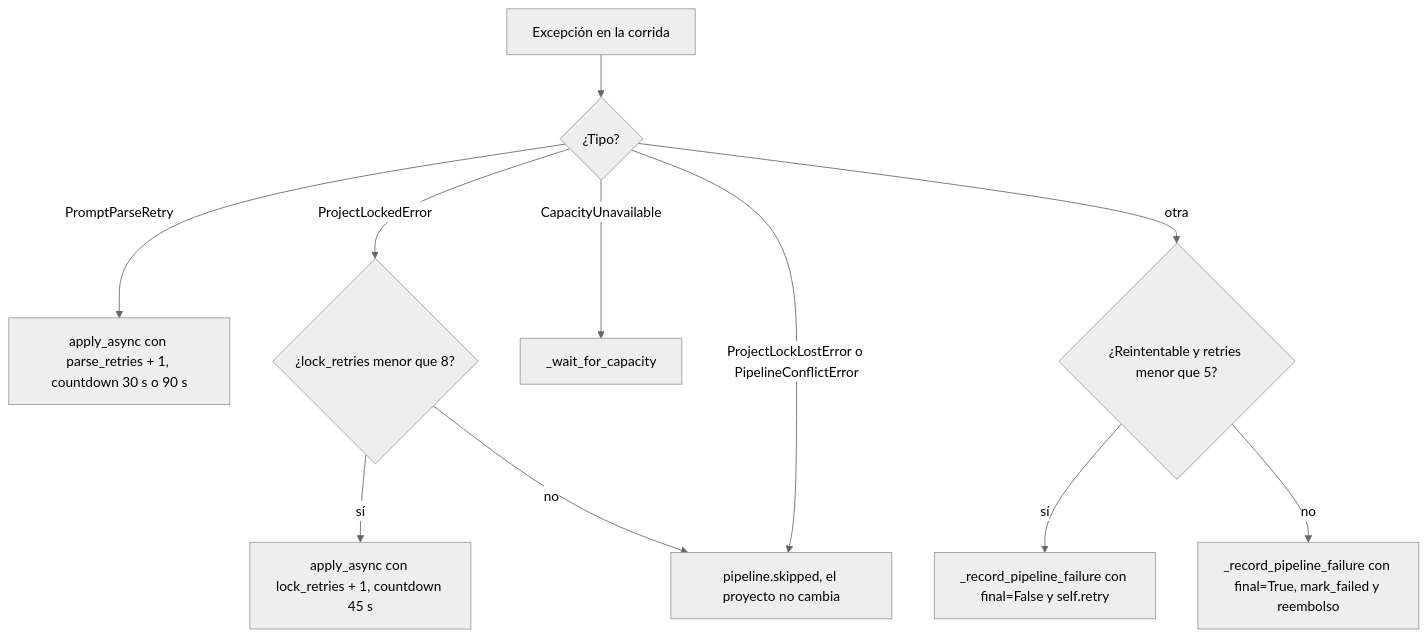
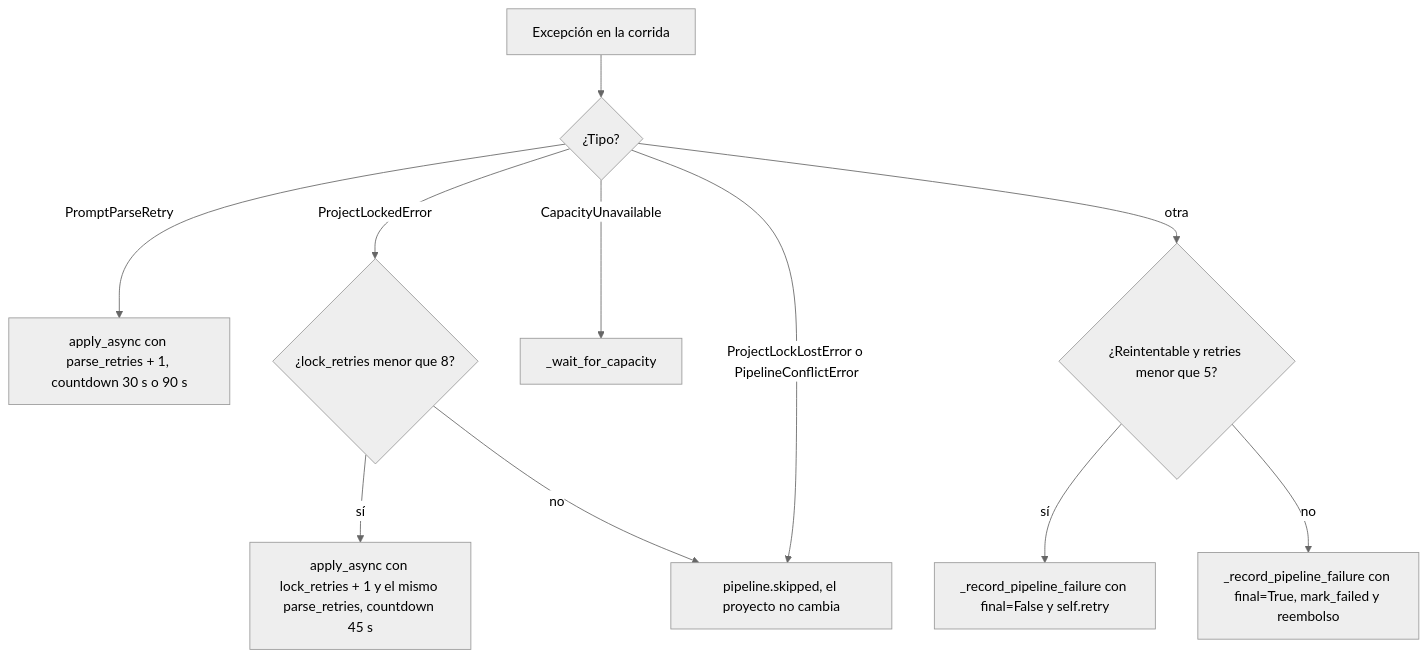
One commit to RomeKai/videoeditUTN changed the fourth of 5 diagrams in documents/ia/02-pipeline-de-ingesta.md. Above: the diagram before and after it, drawn with Mermaid (neutral theme). The commit also changed other lines of this file and 12 other files, not shown here.

````diff
--- a/documents/ia/02-pipeline-de-ingesta.md
+++ b/documents/ia/02-pipeline-de-ingesta.md
@@ -156,13 +156,13 @@
 ```mermaid
 flowchart TD
     E["Excepción en la corrida"] --> A{"¿Tipo?"}
     A -->|PromptParseRetry| P["apply_async con parse_retries + 1, countdown 30 s o 90 s"]
     A -->|ProjectLockedError| B{"¿lock_retries menor que 8?"}
-    B -->|sí| B1["apply_async con lock_retries + 1, countdown 45 s"]
+    B -->|sí| B1["apply_async con lock_retries + 1 y el mismo parse_retries, countdown 45 s"]
     B -->|no| SK["pipeline.skipped, el proyecto no cambia"]
     A -->|ProjectLockLostError o PipelineConflictError| SK
     A -->|CapacityUnavailable| W["_wait_for_capacity"]
     A -->|otra| C{"¿Reintentable y retries menor que 5?"}
     C -->|sí| R1["_record_pipeline_failure con final=False y self.retry"]
     C -->|no| F1["_record_pipeline_failure con final=True, mark_failed y reembolso"]
 ```
````
